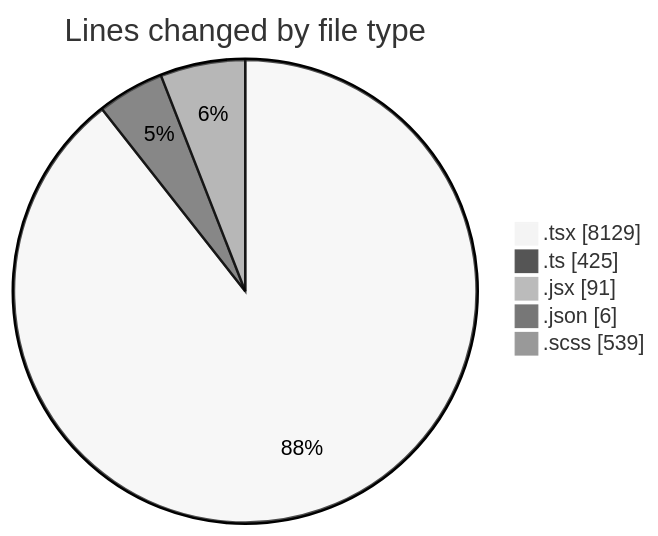
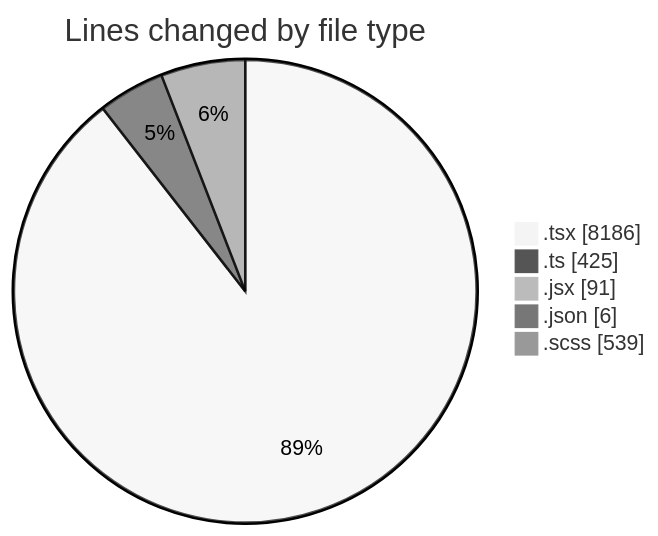
Before and after one commit to momahboobian/code-tracking: the first of 2 diagrams in 2026-04-27/cda/README.md, drawn with Mermaid (neutral theme). The commit also changed other lines of this file and 1 other file, not shown here.

````diff
--- a/2026-04-27/cda/README.md
+++ b/2026-04-27/cda/README.md
@@ -55,9 +55,9 @@
 ```mermaid
 pie showData
 title Lines changed by file type
-".tsx" : 8129
+".tsx" : 8186
 ".ts" : 425
 ".jsx" : 91
 ".json" : 6
 ".scss" : 539
 ```
````
